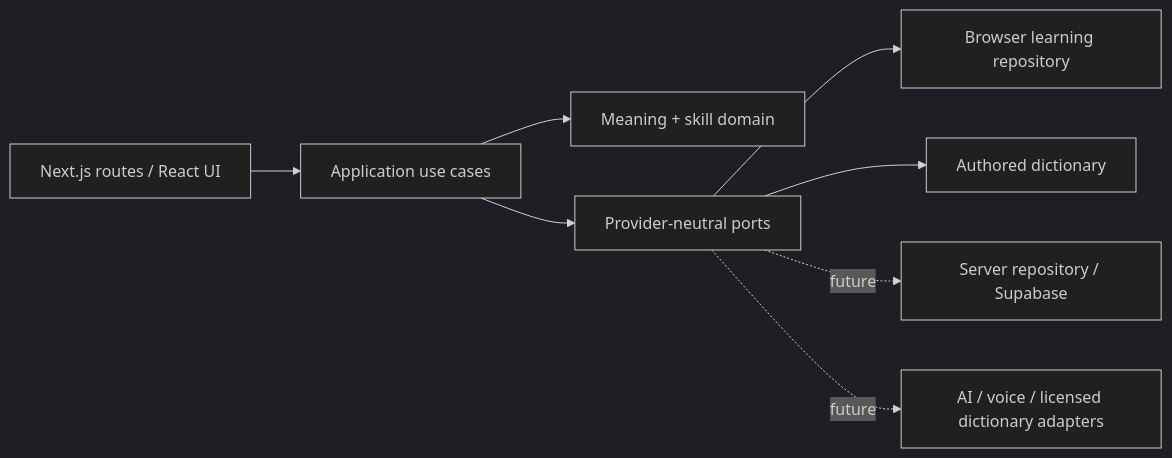
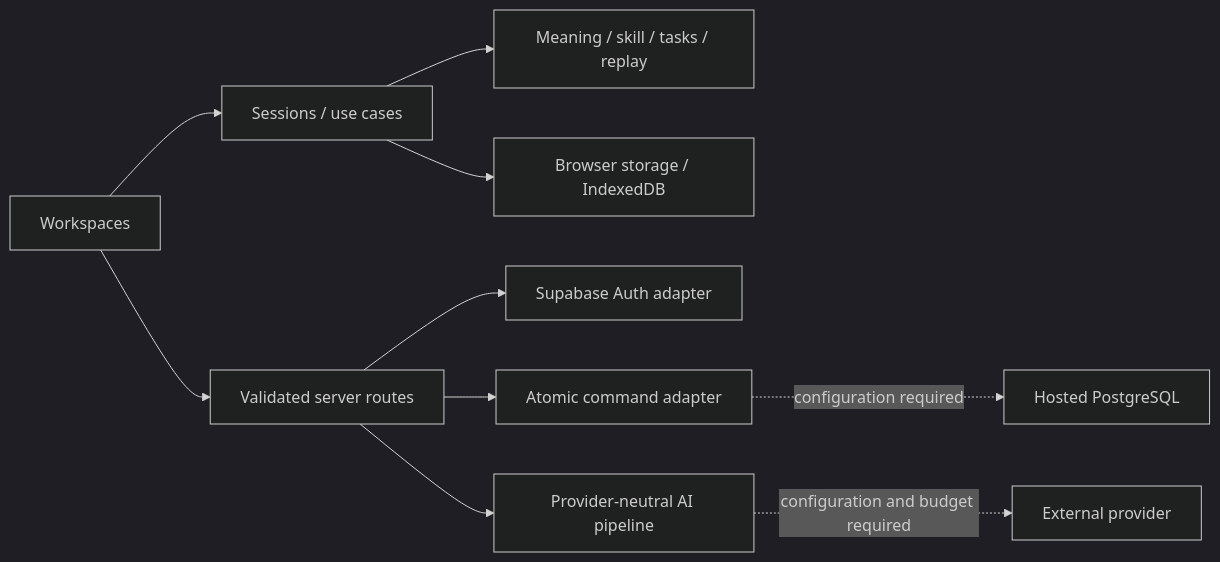
One commit to tupomark/Eng changed the diagram in docs/architecture.md. Above: the diagram before and after it, drawn with Mermaid (dark theme). The commit also changed other lines of this file and 18 other files, not shown here.

````diff
--- a/docs/architecture.md
+++ b/docs/architecture.md
@@ -11,10 +16,12 @@
 ```mermaid
 flowchart LR
-  UI[Next.js routes / React UI] --> UC[Application use cases]
-  UC --> D[Meaning + skill domain]
-  UC --> P[Provider-neutral ports]
-  P --> L[Browser learning repository]
-  P --> S[Authored dictionary]
-  P -. future .-> R[Server repository / Supabase]
-  P -. future .-> A[AI / voice / licensed dictionary adapters]
+  UI[Workspaces] --> APP[Sessions / use cases]
+  APP --> D[Meaning / skill / tasks / replay]
+  APP --> LOCAL[Browser storage / IndexedDB]
+  UI --> API[Validated server routes]
+  API --> AUTH[Supabase Auth adapter]
+  API --> COMMAND[Atomic command adapter]
+  API --> AI[Provider-neutral AI pipeline]
+  COMMAND -. configuration required .-> DB[Hosted PostgreSQL]
+  AI -. configuration and budget required .-> PROVIDER[External provider]
 ```
````
